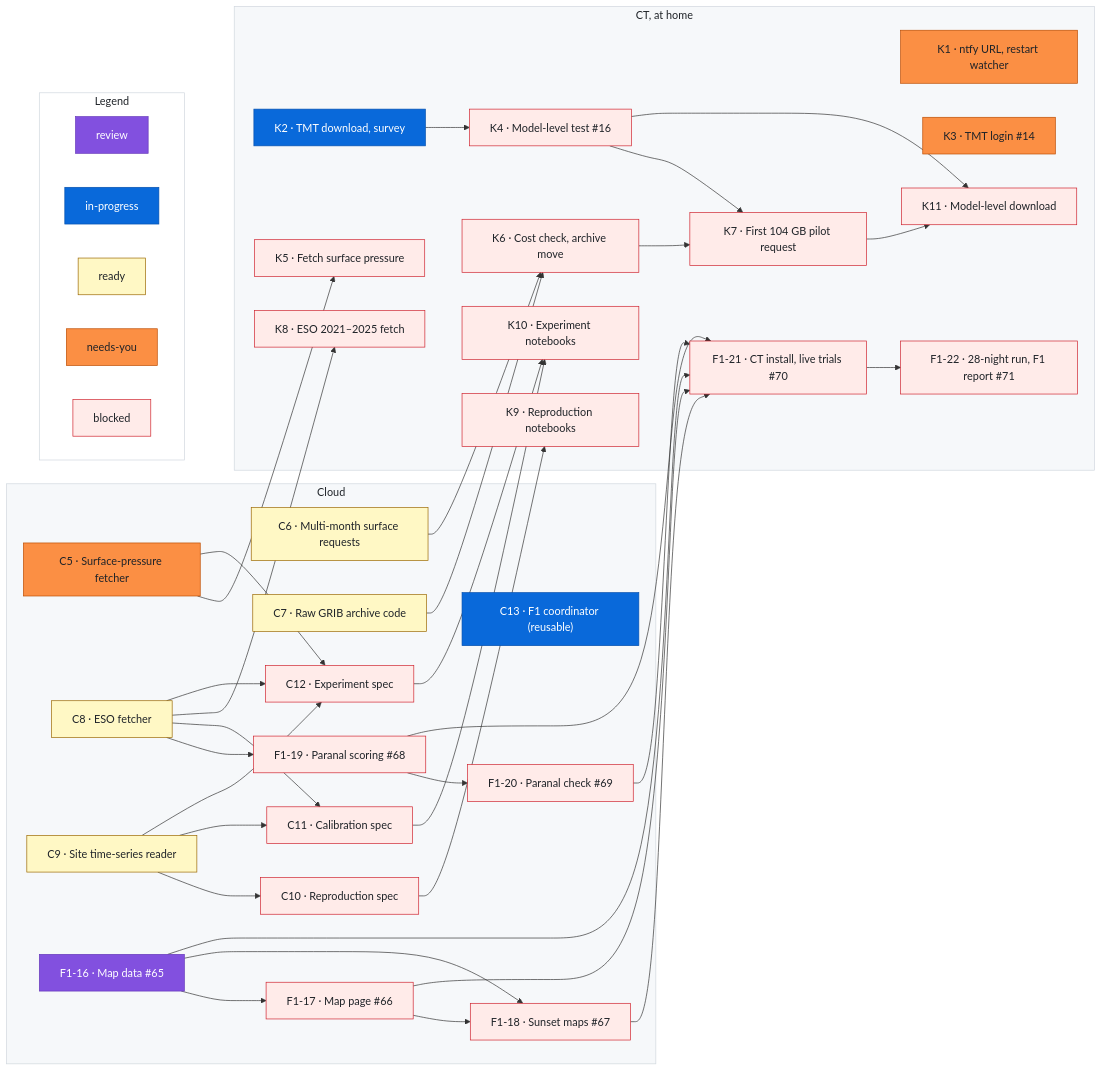
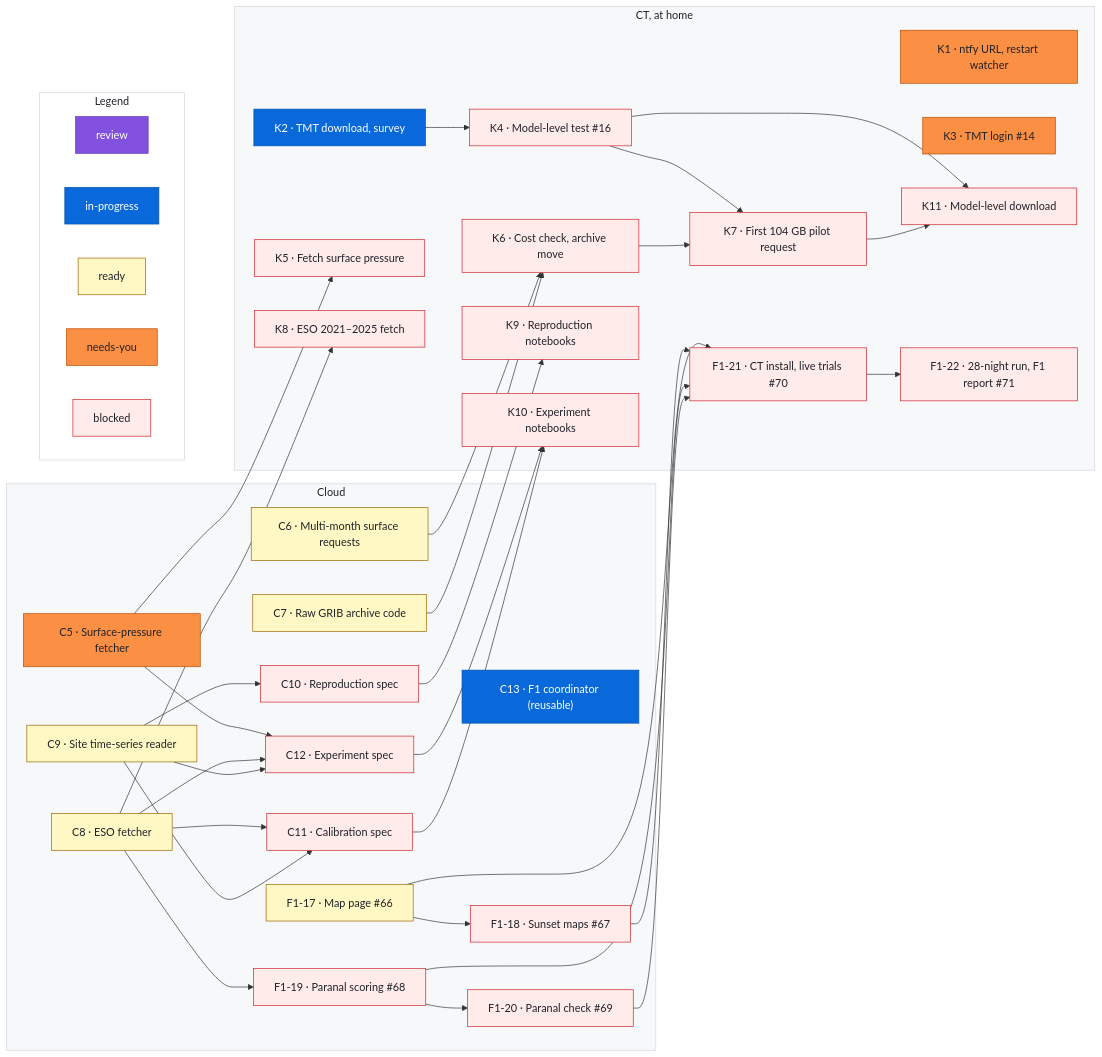
The diagram in docs/roadmap.md (rrweller/Astro-seeing), drawn with Mermaid before and after one commit. The commit also changed other lines of this file, not shown here.

First line of the commit message:
roadmap: remove F1-16 (#95 merged); sweep (F1-17 ready)

```diff
--- a/docs/roadmap.md
+++ b/docs/roadmap.md
@@ -88,7 +86,6 @@
     C11["C11 · Calibration spec"]
     C12["C12 · Experiment spec"]
     C13["C13 · F1 coordinator (reusable)"]
-    F1_16["F1-16 · Map data #65"]
     F1_17["F1-17 · Map page #66"]
     F1_18["F1-18 · Sunset maps #67"]
     F1_19["F1-19 · Paranal scoring #68"]
@@ -109,12 +106,9 @@
     F1_21["F1-21 · CT install, live trials #70"]
     F1_22["F1-22 · 28-night run, F1 report #71"]
   end
-  F1_16 --> F1_17
-  F1_16 --> F1_18
   F1_17 --> F1_18
   C8 --> F1_19
   F1_19 --> F1_20
-  F1_16 --> F1_21
   F1_17 --> F1_21
   F1_18 --> F1_21
   F1_19 --> F1_21
@@ -171,9 +165,7 @@
   %% ---
   class C13 inprogress
   %% ---
-  class F1_16 review
-  %% ---
-  class F1_17 blocked
+  class F1_17 ready
   %% ---
   class F1_18 blocked
   %% ---
```
